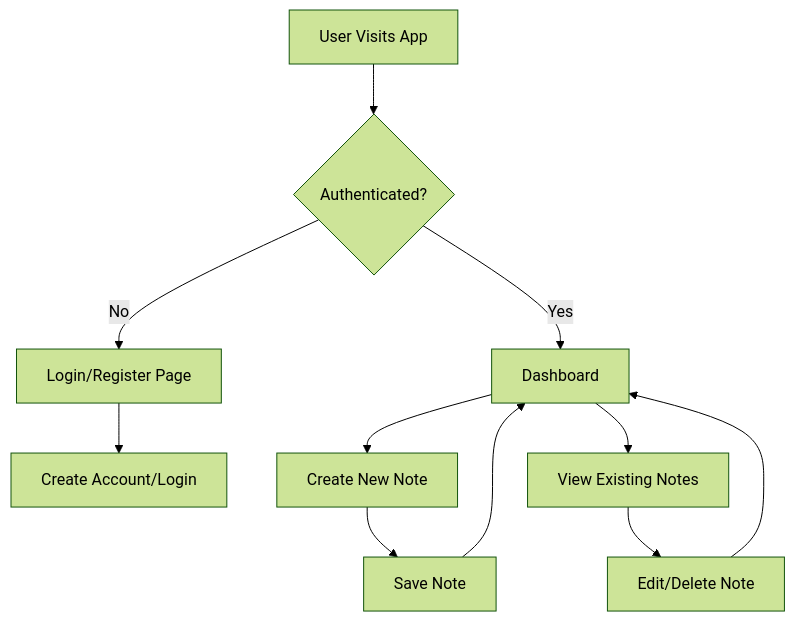
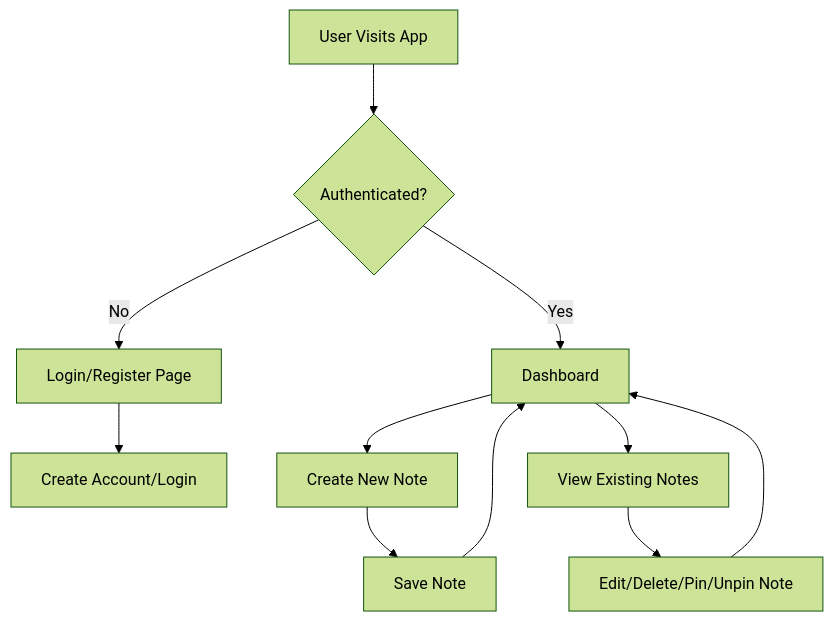
One commit to AdityaK0/FullStackNoteApp-Django-ReactJs changed the second of 3 diagrams in README.md. Above: the diagram before and after it, drawn with Mermaid (forest theme). The commit also changed other lines of this file, not shown here.

````diff
--- a/README.md
+++ b/README.md
@@ -43,13 +43,13 @@
 ```mermaid
 flowchart TD
     A[User Visits App] --> B{Authenticated?}
     B -->|No| C[Login/Register Page]
     C --> D[Create Account/Login]
     B -->|Yes| E[Dashboard]
     E --> F[Create New Note]
     E --> G[View Existing Notes]
     F --> H[Save Note]
-    G --> I[Edit/Delete Note]
+    G --> I[Edit/Delete/Pin/Unpin Note]
     H --> E
     I --> E
 ```
````
